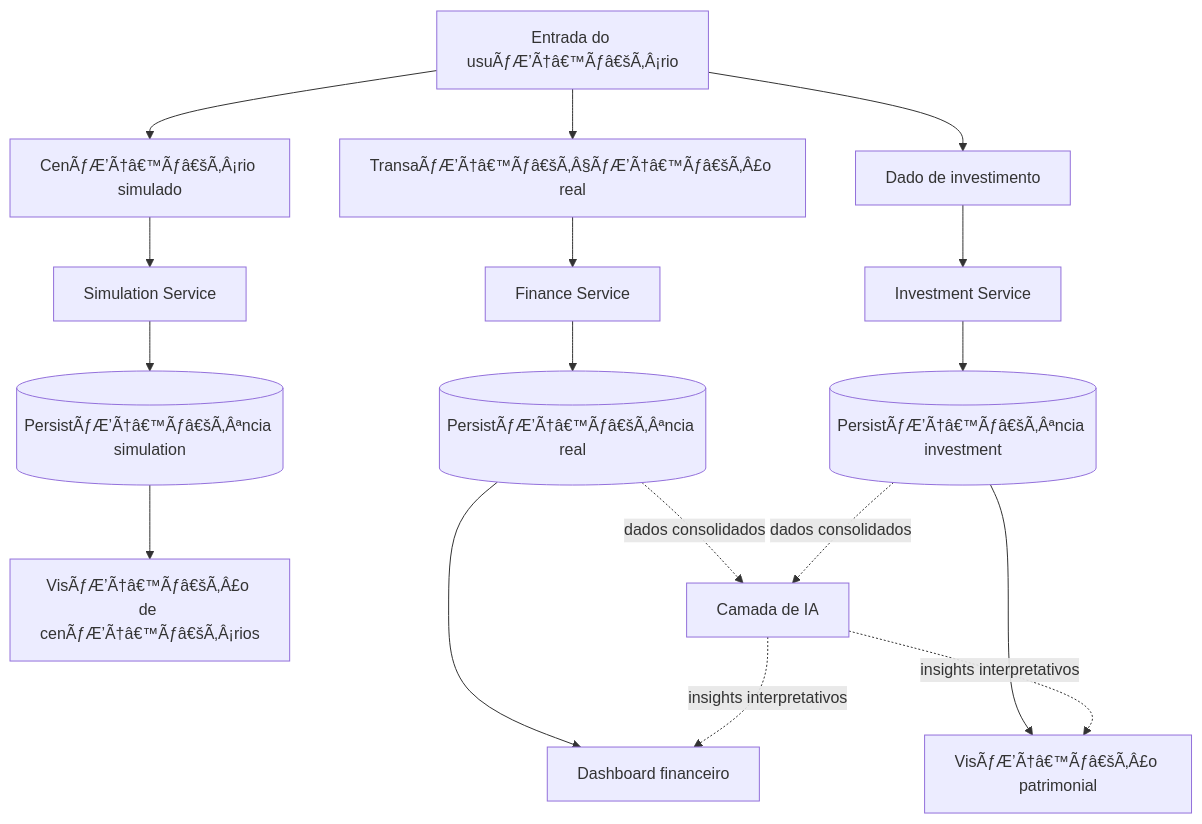
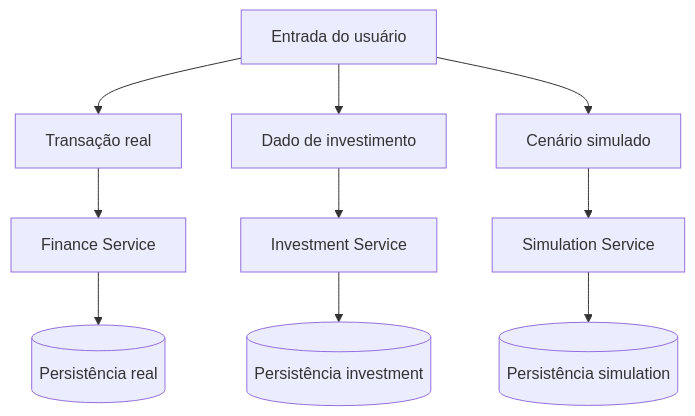
One commit to Ary-Pedro/meuDinheiroNaMao changed the fourth of 4 diagrams in README.md. Above: the diagram before and after it, drawn with Mermaid. The commit also changed other lines of this file and 16 other files, not shown here.

````diff
--- a/README.md
+++ b/README.md
@@ -368,25 +267,16 @@
 ```mermaid
 flowchart TD
-    E[Entrada do usuÃƒÆ’Ã†â€™Ãƒâ€šÃ‚Â¡rio]
+    E[Entrada do usuário]
 
-    E --> T1[TransaÃƒÆ’Ã†â€™Ãƒâ€šÃ‚Â§ÃƒÆ’Ã†â€™Ãƒâ€šÃ‚Â£o real]
+    E --> T1[Transação real]
     E --> T2[Dado de investimento]
-    E --> T3[CenÃƒÆ’Ã†â€™Ãƒâ€šÃ‚Â¡rio simulado]
+    E --> T3[Cenário simulado]
 
     T1 --> FS[Finance Service]
     T2 --> IS[Investment Service]
     T3 --> SS[Simulation Service]
 
-    FS --> DB1[(PersistÃƒÆ’Ã†â€™Ãƒâ€šÃ‚Âªncia real)]
-    IS --> DB2[(PersistÃƒÆ’Ã†â€™Ãƒâ€šÃ‚Âªncia investment)]
-    SS --> DB3[(PersistÃƒÆ’Ã†â€™Ãƒâ€šÃ‚Âªncia simulation)]
-
-    DB1 --> D1[Dashboard financeiro]
-    DB2 --> D2[VisÃƒÆ’Ã†â€™Ãƒâ€šÃ‚Â£o patrimonial]
-    DB3 --> D3[VisÃƒÆ’Ã†â€™Ãƒâ€šÃ‚Â£o de cenÃƒÆ’Ã†â€™Ãƒâ€šÃ‚Â¡rios]
-
-    DB1 -. dados consolidados .-> IA2[Camada de IA]
-    DB2 -. dados consolidados .-> IA2
-    IA2 -. insights interpretativos .-> D1
-    IA2 -. insights interpretativos .-> D2
+    FS --> DB1[(Persistência real)]
+    IS --> DB2[(Persistência investment)]
+    SS --> DB3[(Persistência simulation)]
 ```
````
